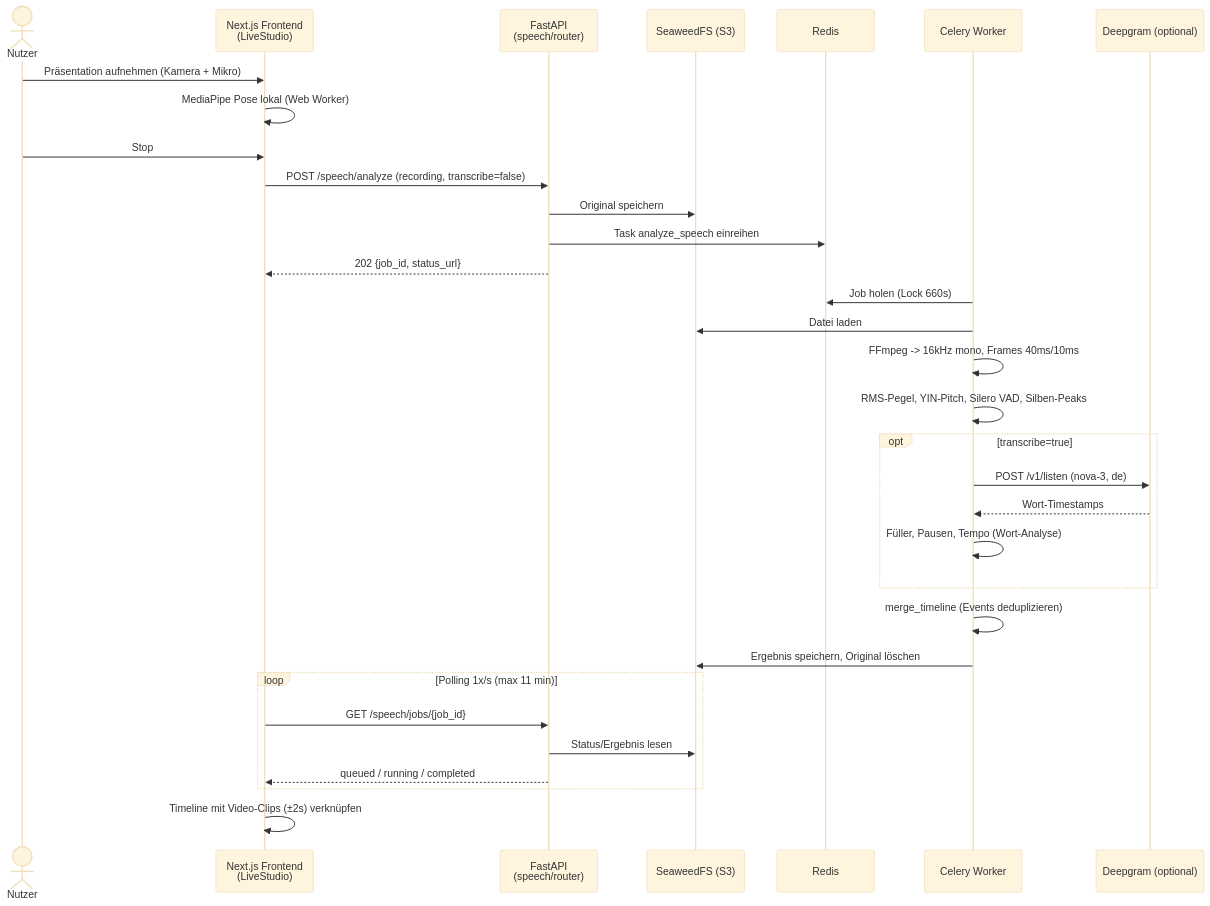
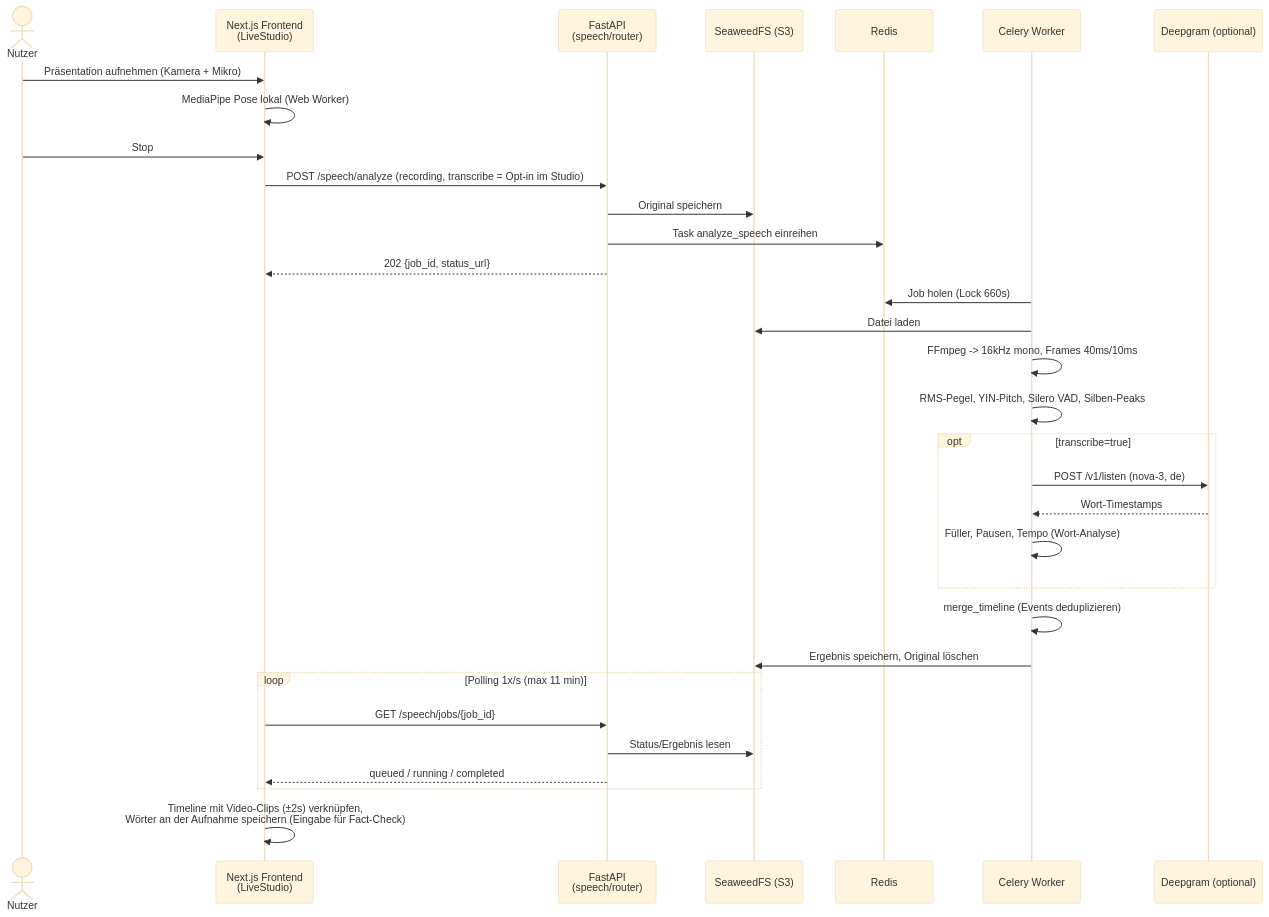
One commit to johannes3502/hackathon-fulda changed the third of 10 diagrams in docs/03-architecture.md. Above: the diagram before and after it, drawn with Mermaid (base theme). The commit also changed other lines of this file and 32 other files, not shown here.

First line of the commit message:
Add fact-check with RAG over uploaded sources and web fallback

````diff
--- a/docs/03-architecture.md
+++ b/docs/03-architecture.md
@@ -109,37 +123,37 @@
 ```mermaid
 sequenceDiagram
     actor U as Nutzer
     participant FE as Next.js Frontend<br/>(LiveStudio)
     participant BE as FastAPI<br/>(speech/router)
     participant S3 as SeaweedFS (S3)
     participant R as Redis
     participant W as Celery Worker
     participant DG as Deepgram (optional)
 
     U->>FE: Präsentation aufnehmen (Kamera + Mikro)
     FE->>FE: MediaPipe Pose lokal (Web Worker)
     U->>FE: Stop
-    FE->>BE: POST /speech/analyze (recording, transcribe=false)
+    FE->>BE: POST /speech/analyze (recording, transcribe = Opt-in im Studio)
     BE->>S3: Original speichern
     BE->>R: Task analyze_speech einreihen
     BE-->>FE: 202 {job_id, status_url}
 
     W->>R: Job holen (Lock 660s)
     W->>S3: Datei laden
     W->>W: FFmpeg -> 16kHz mono, Frames 40ms/10ms
     W->>W: RMS-Pegel, YIN-Pitch, Silero VAD, Silben-Peaks
     opt transcribe=true
         W->>DG: POST /v1/listen (nova-3, de)
         DG-->>W: Wort-Timestamps
         W->>W: Füller, Pausen, Tempo (Wort-Analyse)
     end
     W->>W: merge_timeline (Events deduplizieren)
     W->>S3: Ergebnis speichern, Original löschen
 
     loop Polling 1x/s (max 11 min)
         FE->>BE: GET /speech/jobs/{job_id}
         BE->>S3: Status/Ergebnis lesen
         BE-->>FE: queued / running / completed
     end
-    FE->>FE: Timeline mit Video-Clips (±2s) verknüpfen
+    FE->>FE: Timeline mit Video-Clips (±2s) verknüpfen,<br/>Wörter an der Aufnahme speichern (Eingabe für Fact-Check)
 ```
````
